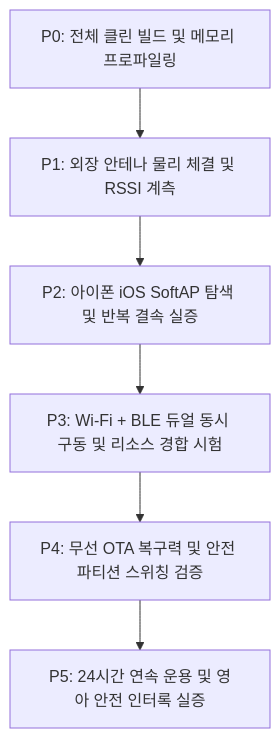
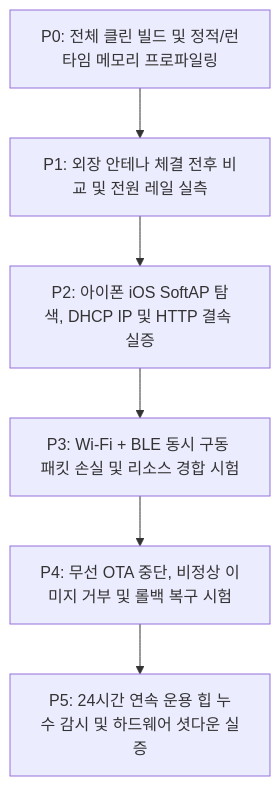
The diagram in docs/MAJN_FIRMWARE_STABILIZATION_AND_VERIFICATION_MASTER_PLAN.md (youngseokchomajn-web/MAJN_GEMINI), drawn with Mermaid before and after one commit. The commit also changed other lines of this file and 6 other files, not shown here.

````diff
--- a/docs/MAJN_FIRMWARE_STABILIZATION_AND_VERIFICATION_MASTER_PLAN.md
+++ b/docs/MAJN_FIRMWARE_STABILIZATION_AND_VERIFICATION_MASTER_PLAN.md
@@ -46,8 +59,8 @@
 ```mermaid
 flowchart TD
-    P0["P0: 전체 클린 빌드 및 메모리 프로파일링"] --> P1["P1: 외장 안테나 물리 체결 및 RSSI 계측"]
-    P1 --> P2["P2: 아이폰 iOS SoftAP 탐색 및 반복 결속 실증"]
-    P2 --> P3["P3: Wi-Fi + BLE 듀얼 동시 구동 및 리소스 경합 시험"]
-    P3 --> P4["P4: 무선 OTA 복구력 및 안전 파티션 스위칭 검증"]
-    P4 --> P5["P5: 24시간 연속 운용 및 영아 안전 인터록 실증"]
+    P0["P0: 전체 클린 빌드 및 정적/런타임 메모리 프로파일링"] --> P1["P1: 외장 안테나 체결 전후 비교 및 전원 레일 실측"]
+    P1 --> P2["P2: 아이폰 iOS SoftAP 탐색, DHCP IP 및 HTTP 결속 실증"]
+    P2 --> P3["P3: Wi-Fi + BLE 동시 구동 패킷 손실 및 리소스 경합 시험"]
+    P3 --> P4["P4: 무선 OTA 중단, 비정상 이미지 거부 및 롤백 복구 시험"]
+    P4 --> P5["P5: 24시간 연속 운용 힙 누수 감시 및 하드웨어 셧다운 실증"]
 ```
````
